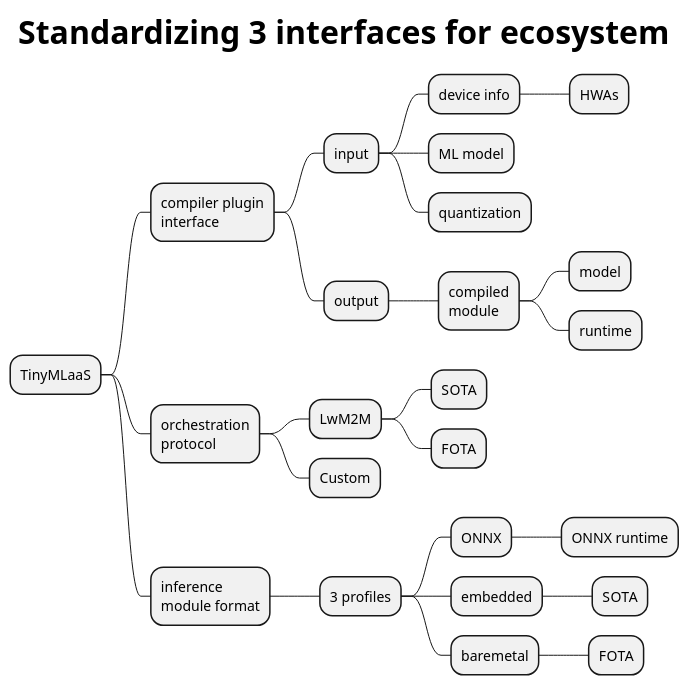
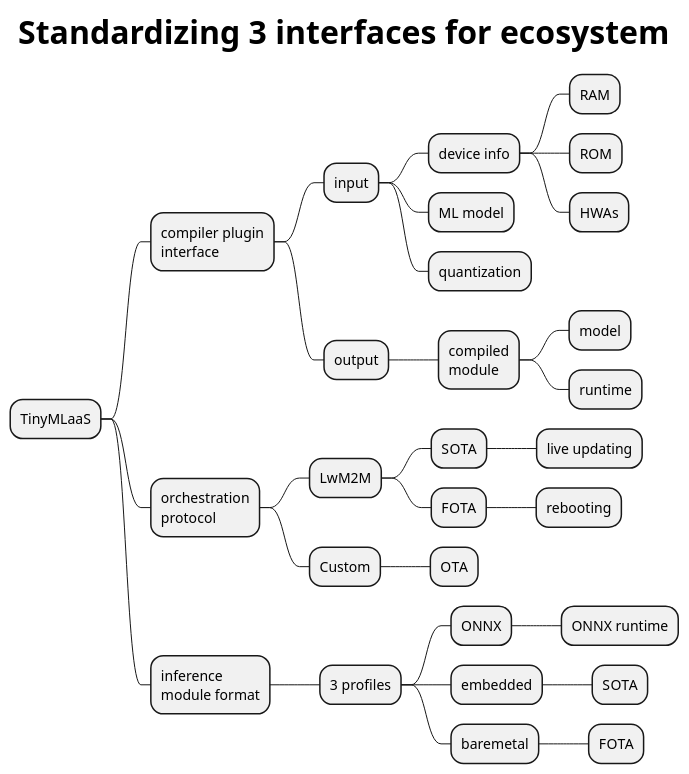
Before and after one commit to doyu/elc2019: the first of 5 diagrams in standard-mindmap.puml, drawn with PlantUML. The commit also changed other lines of this file, not shown here.

Commit message:
update standard-mindmap

```diff
--- a/standard-mindmap.puml
+++ b/standard-mindmap.puml
@@ -1,28 +1,33 @@
 @startmindmap
 skinparam TitleFontSize 32
 title Standardizing 3 interfaces for ecosystem
 * TinyMLaaS
 ** compiler plugin\ninterface
 *** input
 **** device info
+***** RAM
+***** ROM
 ***** HWAs
 **** ML model
 **** quantization
 *** output
 **** compiled\nmodule
 ***** model
 ***** runtime
 ** orchestration\nprotocol
 *** LwM2M
 **** SOTA
+***** live updating
 **** FOTA
+***** rebooting
 *** Custom
+**** OTA
 ** inference\nmodule format
 *** 3 profiles
 **** ONNX
 ***** ONNX runtime
 **** embedded
 ***** SOTA
 **** baremetal
 ***** FOTA
 @endmindmap
```
